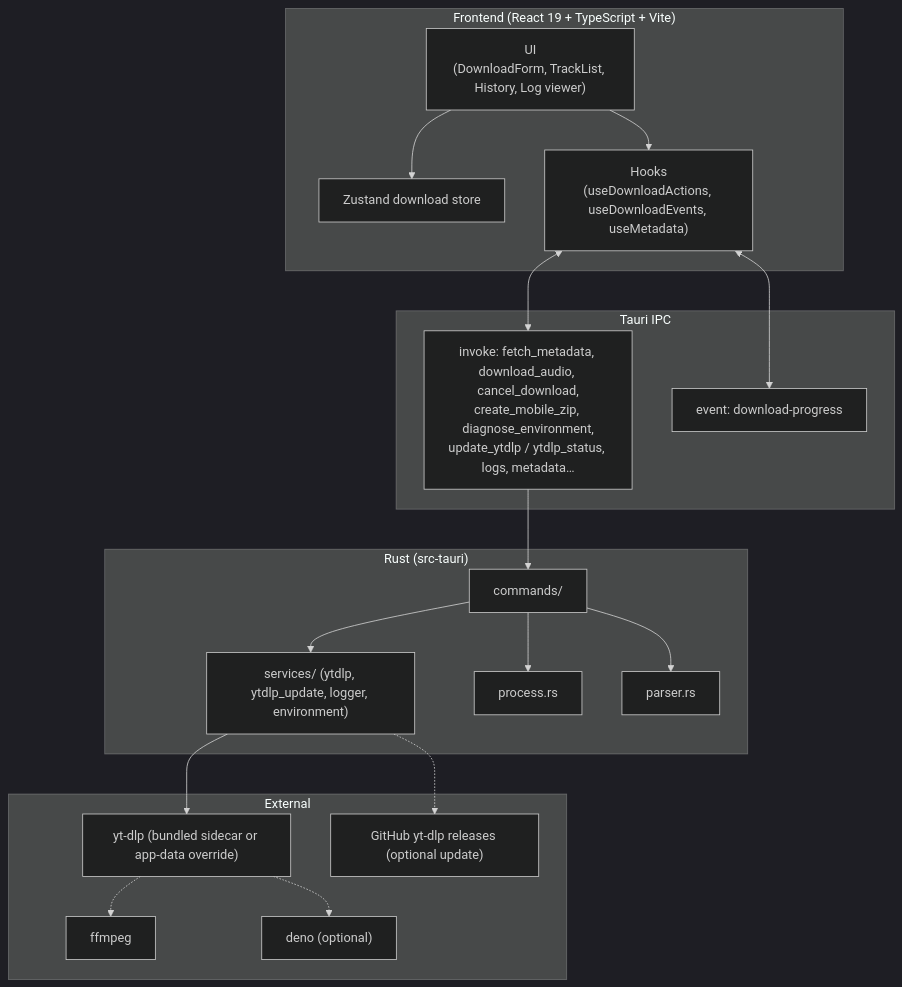
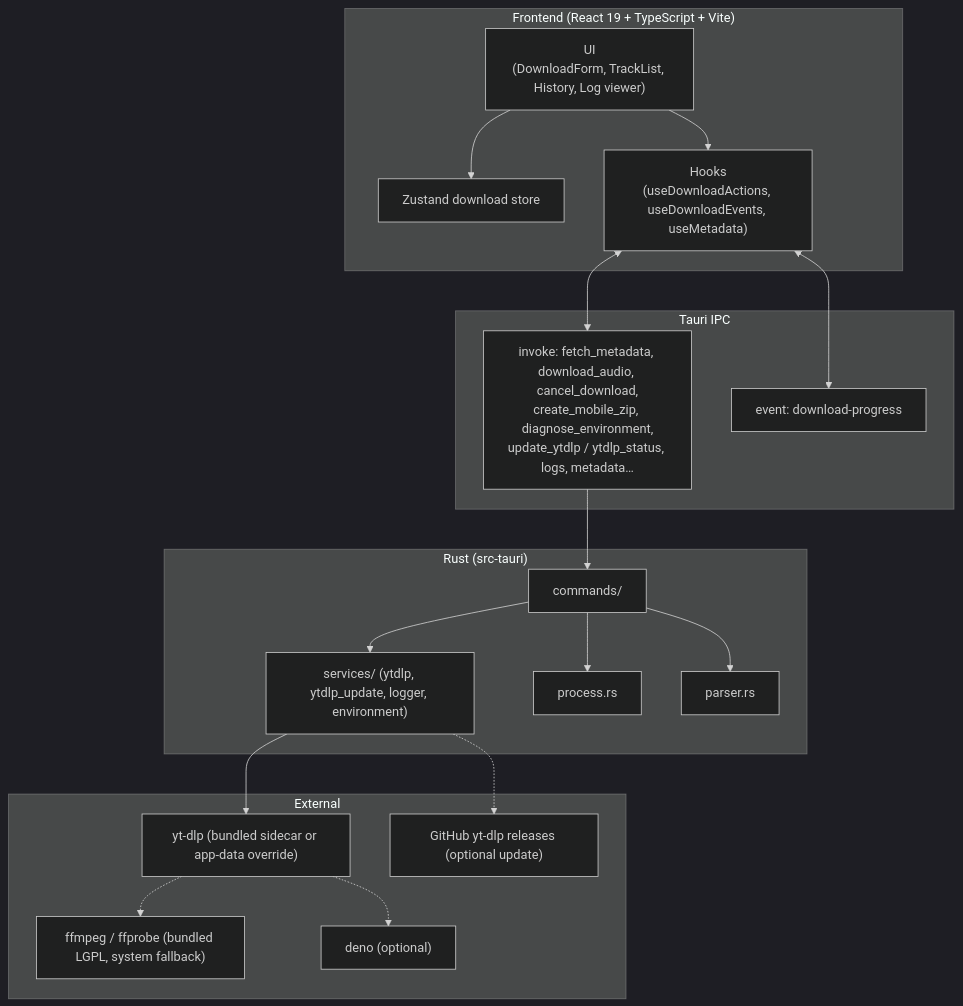
One commit to s4ngwoo/youtube-playlist-downloader changed the diagram in README.md. Above: the diagram before and after it, drawn with Mermaid (dark theme). The commit also changed other lines of this file and 35 other files, not shown here.

First line of the commit message:
feat: bundle LGPL FFmpeg/ffprobe sidecars with official builds

````diff
--- a/README.md
+++ b/README.md
@@ -113,40 +114,40 @@
 ```mermaid
 flowchart TB
     subgraph Frontend["Frontend (React 19 + TypeScript + Vite)"]
         UI["UI\n(DownloadForm, TrackList, History, Log viewer)"]
         Store["Zustand download store"]
         Hooks["Hooks\n(useDownloadActions, useDownloadEvents, useMetadata)"]
     end
 
     subgraph IPC["Tauri IPC"]
         Invoke["invoke: fetch_metadata, download_audio, cancel_download,\ncreate_mobile_zip, diagnose_environment,\nupdate_ytdlp / ytdlp_status, logs, metadata…"]
         Listen["event: download-progress"]
     end
 
     subgraph Backend["Rust (src-tauri)"]
         Commands["commands/"]
         Services["services/ (ytdlp, ytdlp_update, logger, environment)"]
         Process["process.rs"]
         Parser["parser.rs"]
     end
 
     subgraph External["External"]
         YTDLP["yt-dlp (bundled sidecar or app-data override)"]
-        FFMPEG["ffmpeg"]
+        FFMPEG["ffmpeg / ffprobe (bundled LGPL, system fallback)"]
         DENO["deno (optional)"]
         GH["GitHub yt-dlp releases (optional update)"]
     end
 
     UI --> Store
     UI --> Hooks
     Hooks <--> Invoke
     Hooks <--> Listen
     Invoke --> Commands
     Commands --> Services
     Commands --> Process
     Commands --> Parser
     Services --> YTDLP
     Services -.-> GH
     YTDLP -.-> FFMPEG
     YTDLP -.-> DENO
 ```
````
